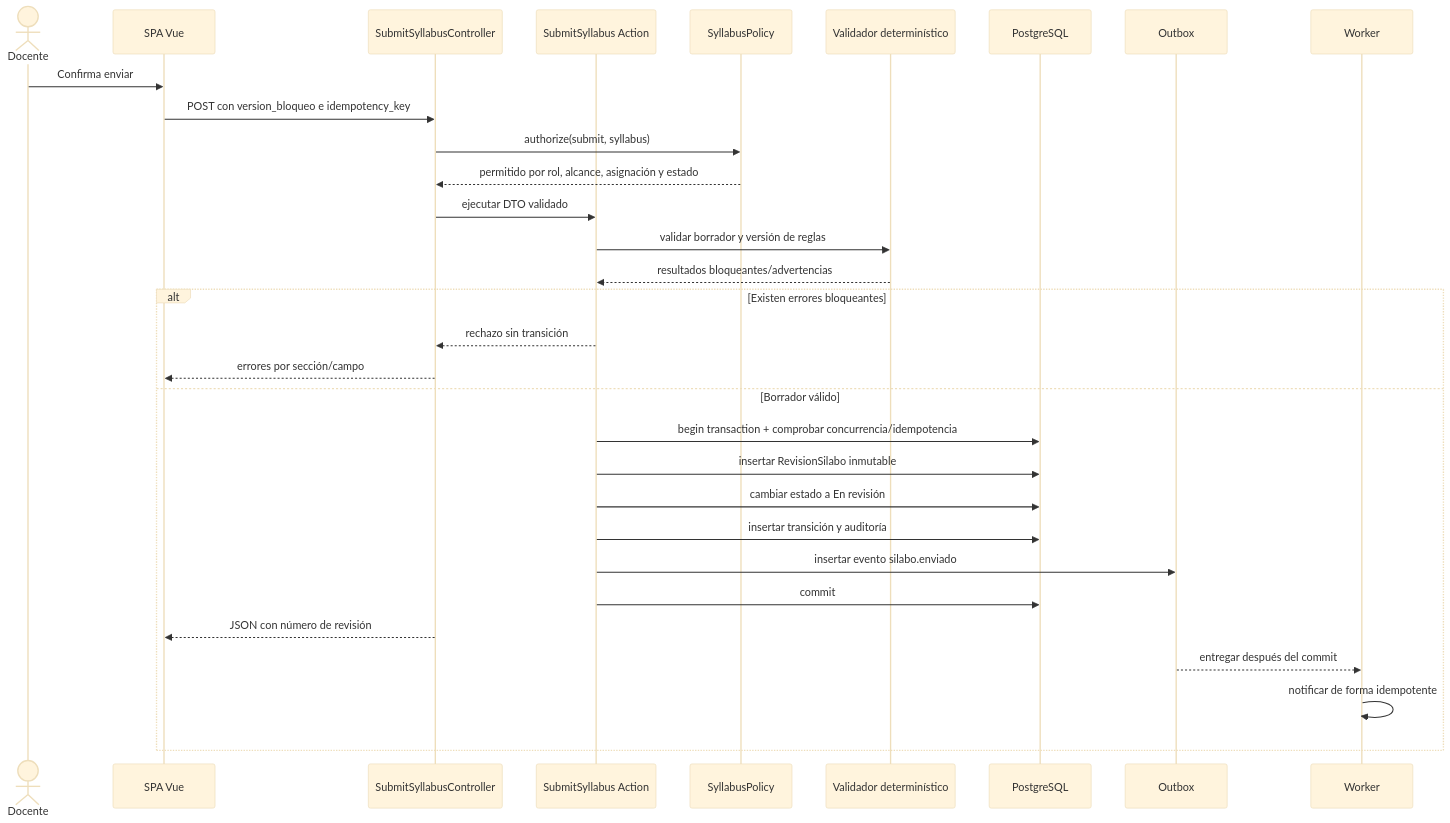
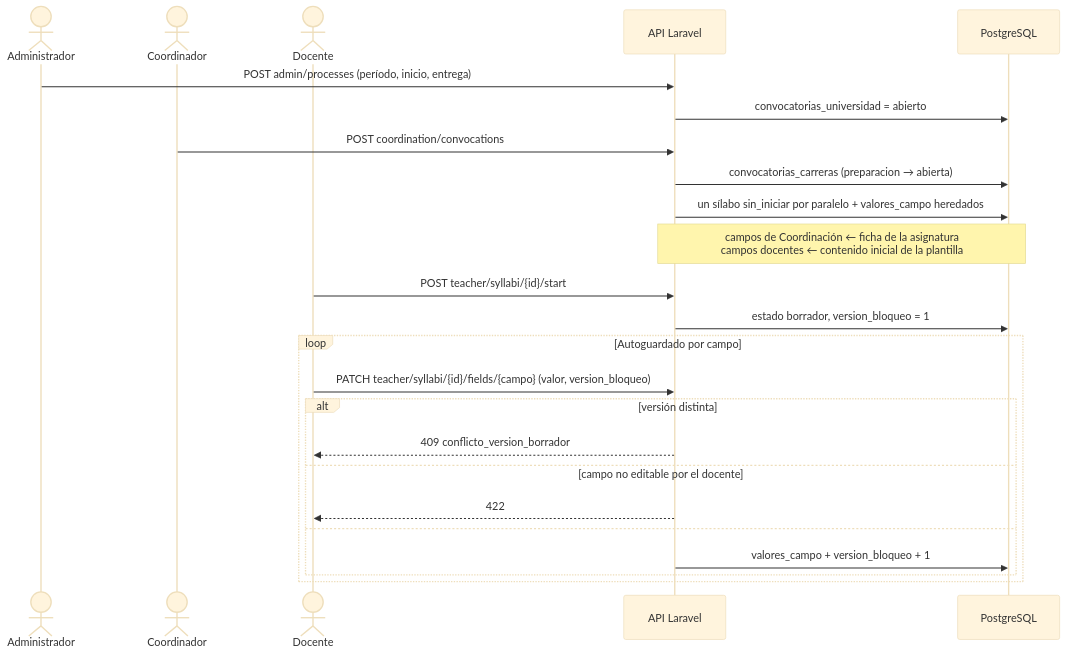
The first of 7 diagrams in docs/architecture/sequences.md (Giossue/proyecto-grado-silabos-backend), drawn with Mermaid (base theme) before and after one commit. The commit also changed other lines of this file and 335 other files, not shown here.

Commit message:
docs: limpieza de la documentación al estado actual del sistema

````diff
--- a/docs/architecture/sequences.md
+++ b/docs/architecture/sequences.md
@@ -9,34 +9,27 @@
 ```mermaid
 sequenceDiagram
+    actor A as Administrador
+    actor C as Coordinador
     actor D as Docente
-    participant UI as SPA Vue
-    participant C as SubmitSyllabusController
-    participant A as SubmitSyllabus Action
-    participant P as SyllabusPolicy
-    participant V as Validador determinístico
+    participant API as API Laravel
     participant DB as PostgreSQL
-    participant O as Outbox
-    participant W as Worker
 
-    D->>UI: Confirma enviar
-    UI->>C: POST con version_bloqueo e idempotency_key
-    C->>P: authorize(submit, syllabus)
-    P-->>C: permitido por rol, alcance, asignación y estado
-    C->>A: ejecutar DTO validado
-    A->>V: validar borrador y versión de reglas
-    V-->>A: resultados bloqueantes/advertencias
-    alt Existen errores bloqueantes
-        A-->>C: rechazo sin transición
-        C-->>UI: errores por sección/campo
-    else Borrador válido
-        A->>DB: begin transaction + comprobar concurrencia/idempotencia
-        A->>DB: insertar RevisionSilabo inmutable
-        A->>DB: cambiar estado a En revisión
-        A->>DB: insertar transición y auditoría
-        A->>O: insertar evento silabo.enviado
-        A->>DB: commit
-        C-->>UI: JSON con número de revisión
-        O-->>W: entregar después del commit
-        W->>W: notificar de forma idempotente
+    A->>API: POST admin/processes (período, inicio, entrega)
+    API->>DB: convocatorias_universidad = abierto
+    C->>API: POST coordination/convocations
+    API->>DB: convocatorias_carreras (preparacion → abierta)
+    API->>DB: un sílabo sin_iniciar por paralelo + valores_campo heredados
+    Note over API,DB: campos de Coordinación ← ficha de la asignatura<br/>campos docentes ← contenido inicial de la plantilla
+    D->>API: POST teacher/syllabi/{id}/start
+    API->>DB: estado borrador, version_bloqueo = 1
+    loop Autoguardado por campo
+        D->>API: PATCH teacher/syllabi/{id}/fields/{campo} (valor, version_bloqueo)
+        alt versión distinta
+            API-->>D: 409 conflicto_version_borrador
+        else campo no editable por el docente
+            API-->>D: 422
+        else
+            API->>DB: valores_campo + version_bloqueo + 1
+        end
     end
 ```
````
